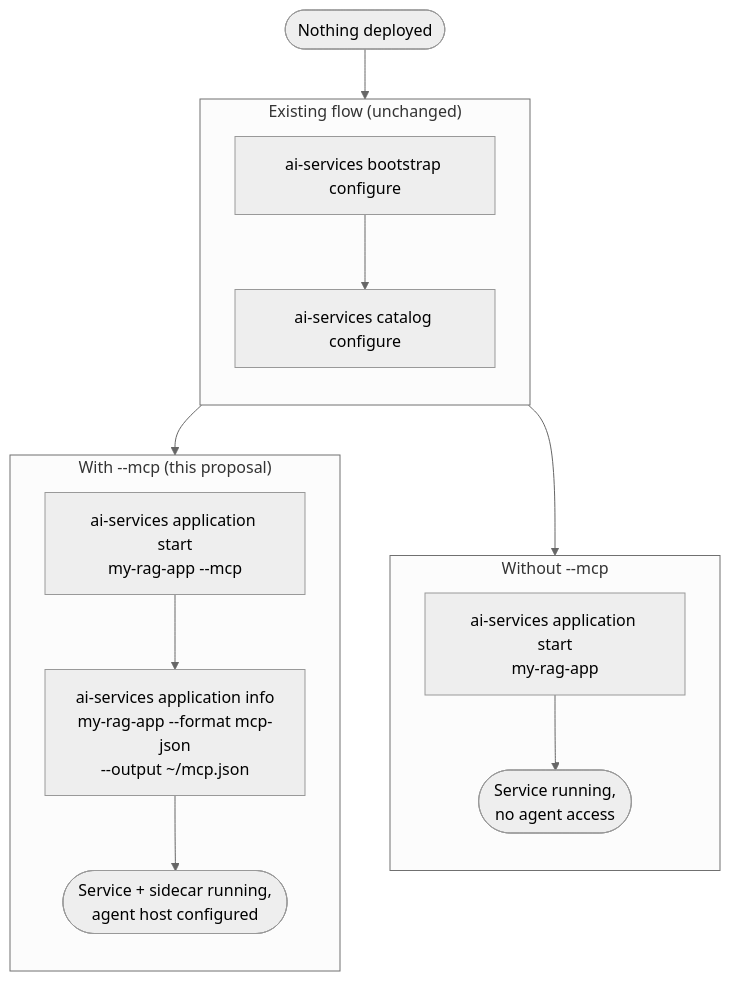
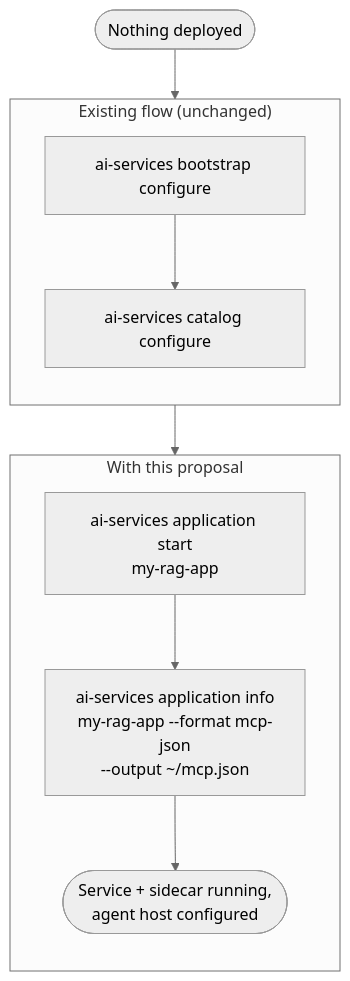
Before and after one commit to IBM/project-ai-services: the sixth of 7 diagrams in docs/proposals/mcp-sidecar-proposal.md, drawn with Mermaid (neutral theme). The commit also changed other lines of this file, not shown here.

Commit message:
Restore automatic sidecar deployment changes and Caddy integration section

````diff
--- a/docs/proposals/mcp-sidecar-proposal.md
+++ b/docs/proposals/mcp-sidecar-proposal.md
@@ -545,23 +454,17 @@
 ```mermaid
 flowchart TD
     Start(["Nothing deployed"])
 
     subgraph Existing["Existing flow (unchanged)"]
         direction TB
         B1["ai-services bootstrap configure"] --> B2["ai-services catalog configure"]
     end
 
-    subgraph NoMCP["Without --mcp"]
+    subgraph Flow["With this proposal"]
         direction TB
-        C1["ai-services application start<br/>my-rag-app"] --> C2(["Service running,<br/>no agent access"])
-    end
-
-    subgraph WithMCP["With --mcp (this proposal)"]
-        direction TB
-        D1["ai-services application start<br/>my-rag-app --mcp"] --> D2["ai-services application info<br/>my-rag-app --format mcp-json<br/>--output ~/mcp.json"] --> D3(["Service + sidecar running,<br/>agent host configured"])
+        D1["ai-services application start<br/>my-rag-app"] --> D2["ai-services application info<br/>my-rag-app --format mcp-json<br/>--output ~/mcp.json"] --> D3(["Service + sidecar running,<br/>agent host configured"])
     end
 
     Start --> B1
-    B2 --> C1
     B2 --> D1
 ```
````
